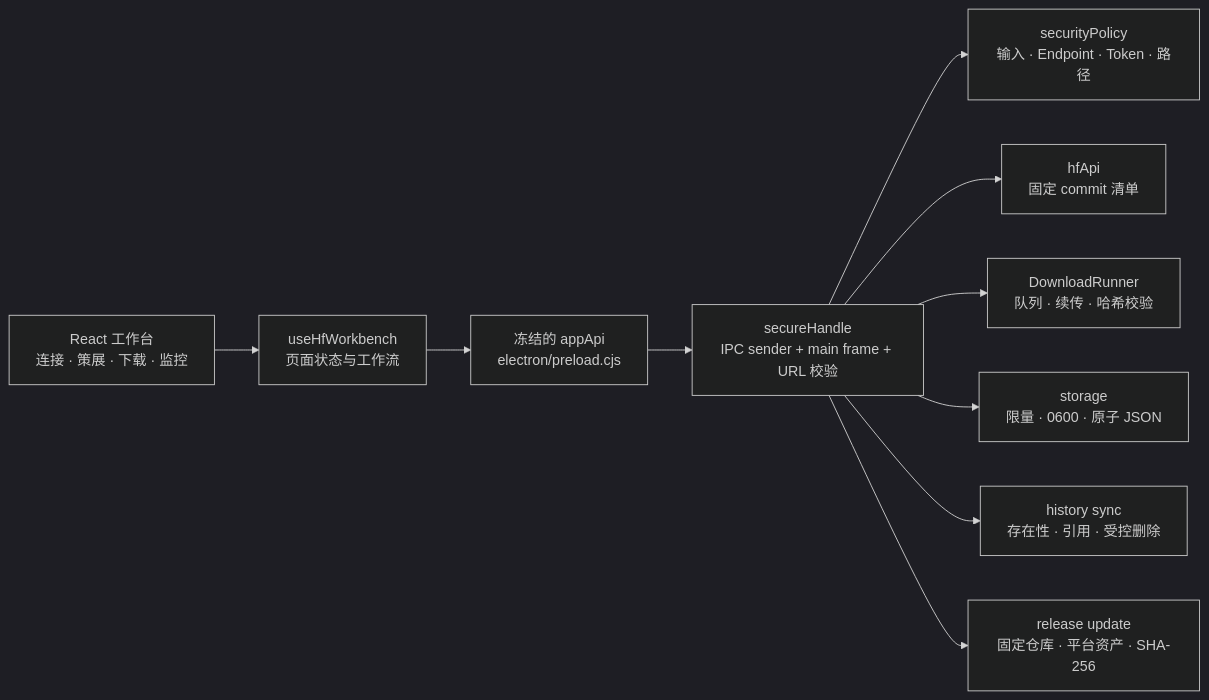
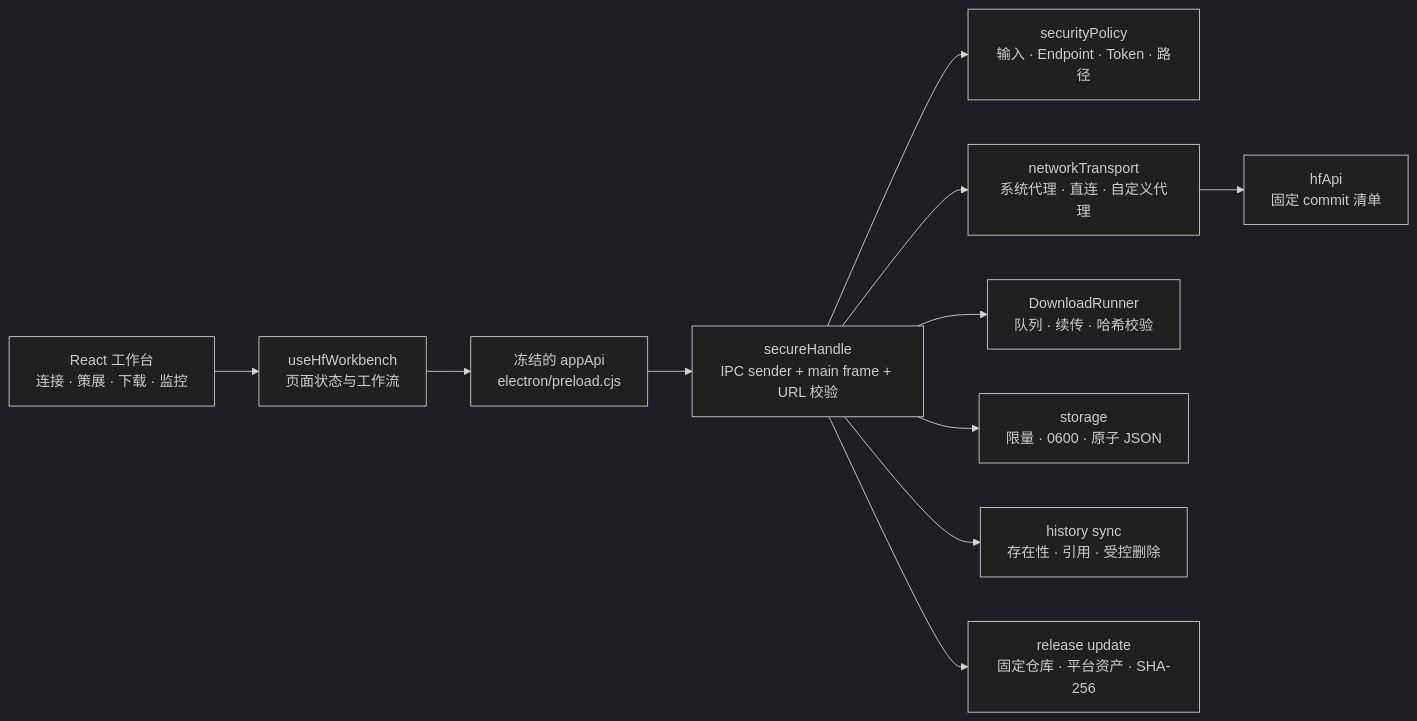
Before and after one commit to Yifo98/HF_Model_Downloader: the first of 3 diagrams in docs/architecture/5.6-sol.md, drawn with Mermaid (dark theme). The commit also changed other lines of this file and 26 other files, not shown here.

````diff
--- a/docs/architecture/5.6-sol.md
+++ b/docs/architecture/5.6-sol.md
@@ -9,12 +9,13 @@
 ```mermaid
 flowchart LR
   UI["React 工作台<br/>连接 · 策展 · 下载 · 监控"] --> Hook["useHfWorkbench<br/>页面状态与工作流"]
   Hook --> Bridge["冻结的 appApi<br/>electron/preload.cjs"]
   Bridge --> Gateway["secureHandle<br/>IPC sender + main frame + URL 校验"]
   Gateway --> Policy["securityPolicy<br/>输入 · Endpoint · Token · 路径"]
-  Gateway --> API["hfApi<br/>固定 commit 清单"]
+  Gateway --> Network["networkTransport<br/>系统代理 · 直连 · 自定义代理"]
+  Network --> API["hfApi<br/>固定 commit 清单"]
   Gateway --> Runner["DownloadRunner<br/>队列 · 续传 · 哈希校验"]
   Gateway --> Storage["storage<br/>限量 · 0600 · 原子 JSON"]
   Gateway --> History["history sync<br/>存在性 · 引用 · 受控删除"]
   Gateway --> Update["release update<br/>固定仓库 · 平台资产 · SHA-256"]
 ```
````
